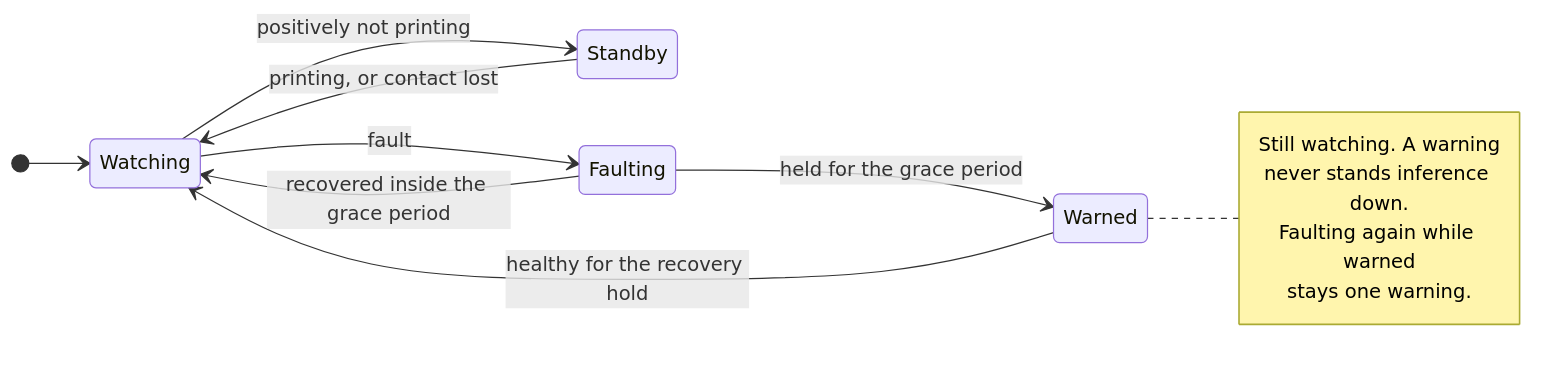
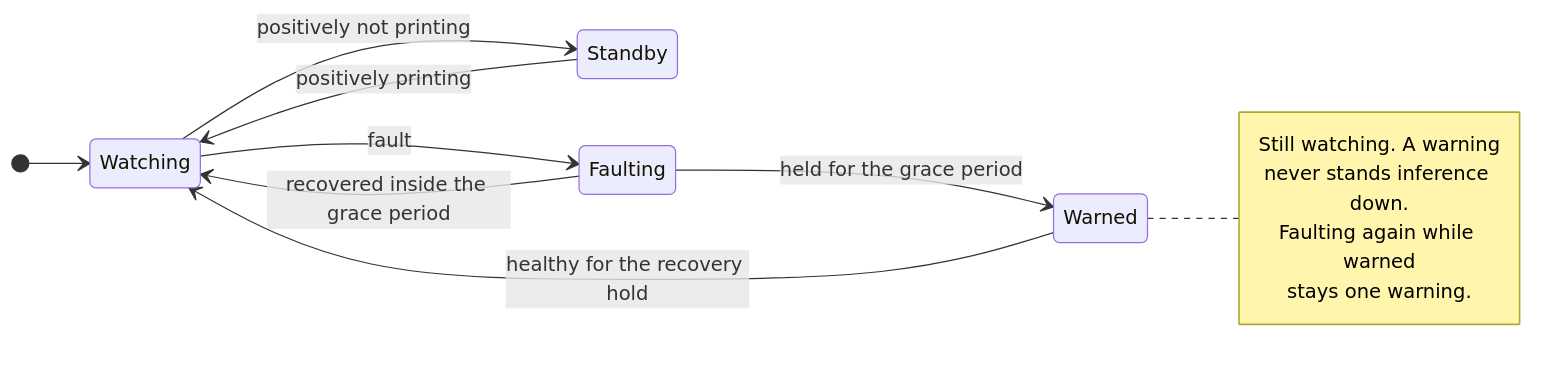
Before and after one commit to oliverbravery/PrintGuard: the fifth of 5 diagrams in docs/architecture.md, drawn with Mermaid. The commit also changed other lines of this file and 8 other files, not shown here.

````diff
--- a/docs/architecture.md
+++ b/docs/architecture.md
@@ -330,17 +333,17 @@
 ```mermaid
 stateDiagram-v2
     direction LR
     [*] --> Watching
-    Standby --> Watching: printing, or contact lost
+    Standby --> Watching: positively printing
     Watching --> Standby: positively not printing
     Watching --> Faulting: fault
     Faulting --> Watching: recovered inside the grace period
     Faulting --> Warned: held for the grace period
     Warned --> Watching: healthy for the recovery hold
     note right of Warned
         Still watching. A warning
         never stands inference down.
         Faulting again while warned
         stays one warning.
     end note
 ```
````
